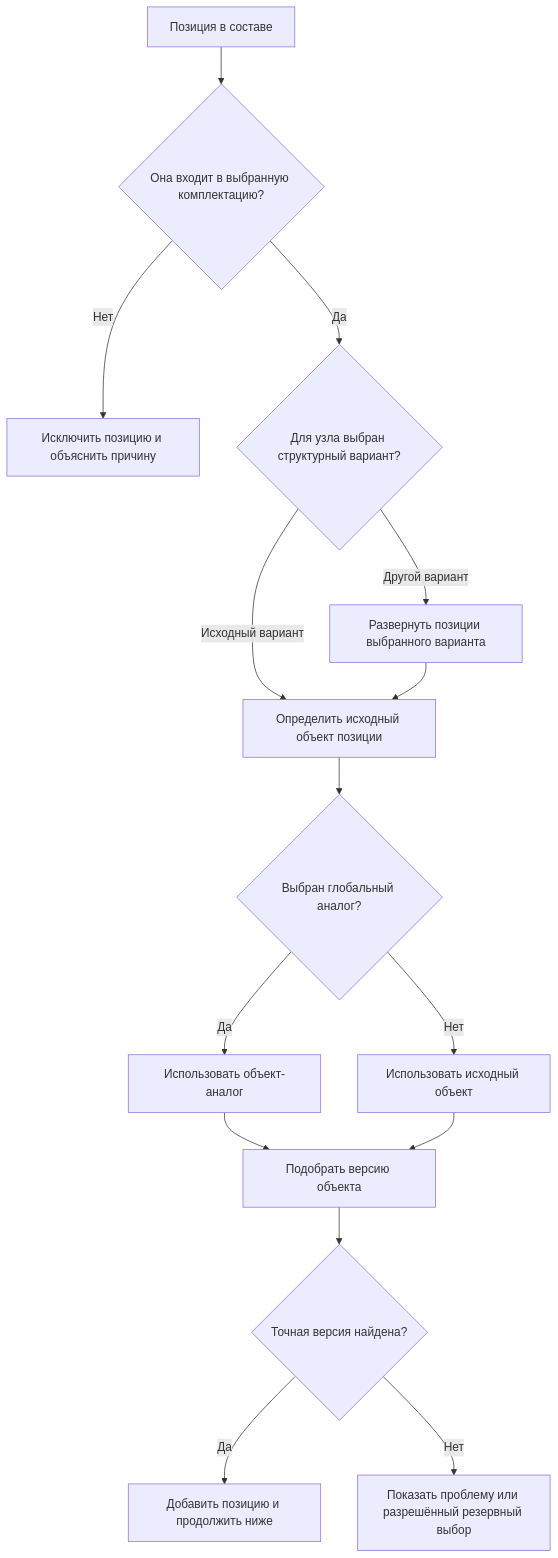
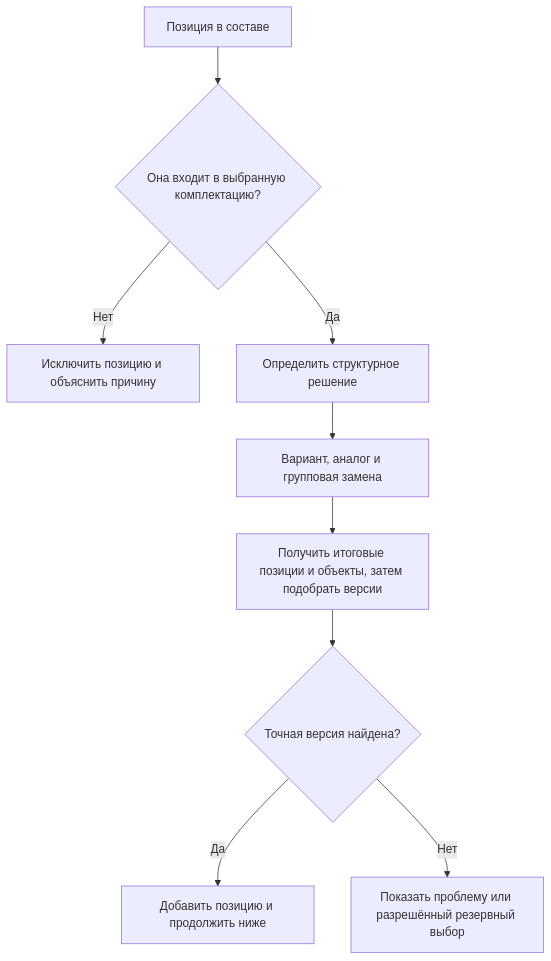
The first of 2 diagrams in wiki/Selection-end-to-end.md (ZelAnton/Interlink-product-book), drawn with Mermaid before and after one commit. The commit also changed other lines of this file and 67 other files, not shown here.

````diff
--- a/wiki/Selection-end-to-end.md
+++ b/wiki/Selection-end-to-end.md
@@ -33,17 +33,11 @@
 ```mermaid
 flowchart TD
     A["Позиция в составе"] --> B{"Она входит в выбранную комплектацию?"}
     B -->|Нет| C["Исключить позицию и объяснить причину"]
-    B -->|Да| D{"Для узла выбран структурный вариант?"}
-    D -->|Другой вариант| E["Развернуть позиции выбранного варианта"]
-    D -->|Исходный вариант| F["Определить исходный объект позиции"]
-    E --> F
-    F --> G{"Выбран глобальный аналог?"}
-    G -->|Да| H["Использовать объект-аналог"]
-    G -->|Нет| I["Использовать исходный объект"]
-    H --> J["Подобрать версию объекта"]
-    I --> J
+    B -->|Да| D["Определить структурное решение"]
+    D --> E["Вариант, аналог и групповая замена"]
+    E --> J["Получить итоговые позиции и объекты, затем подобрать версии"]
     J --> K{"Точная версия найдена?"}
     K -->|Да| L["Добавить позицию и продолжить ниже"]
     K -->|Нет| M["Показать проблему или разрешённый резервный выбор"]
 ```
````
